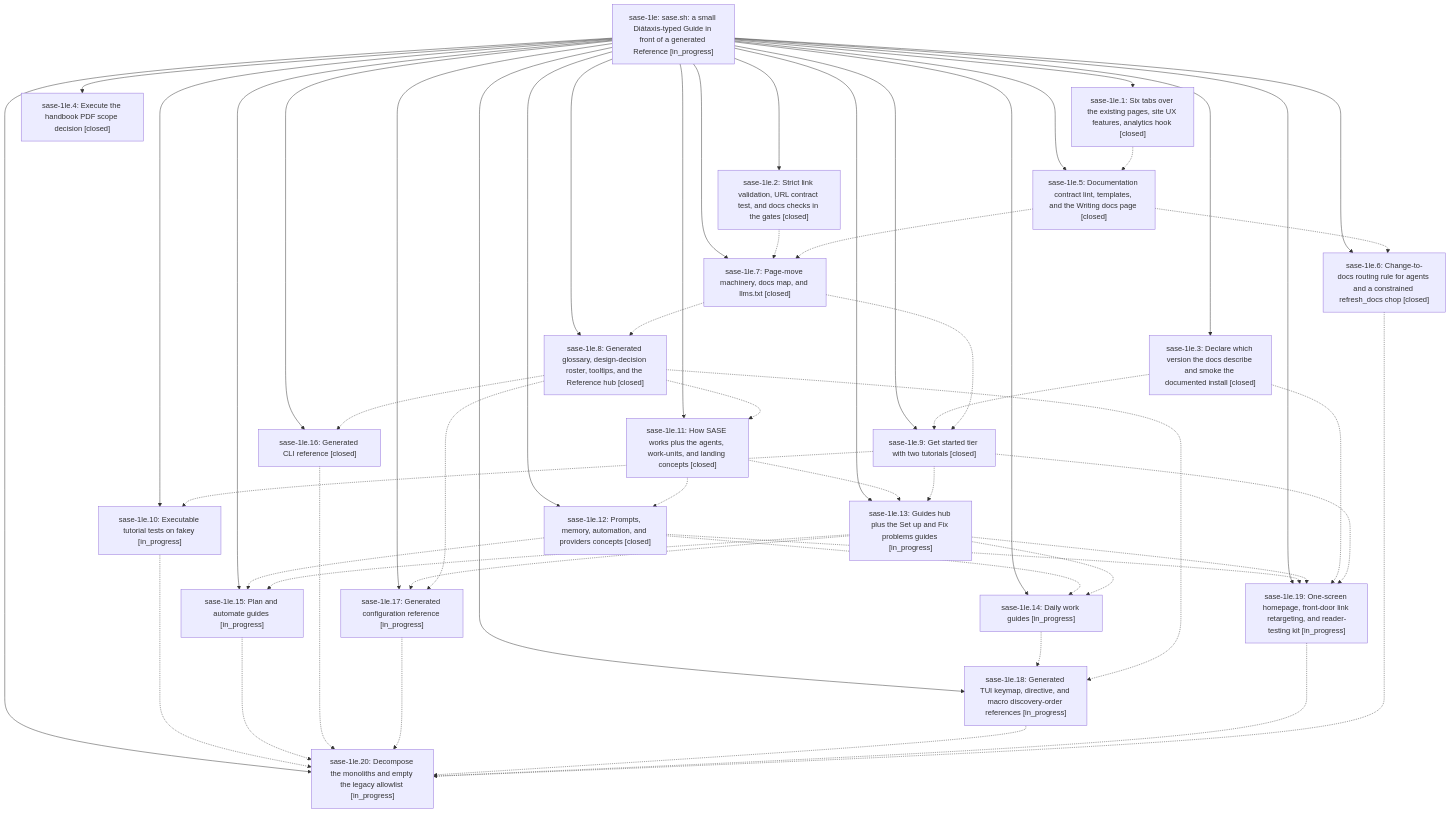
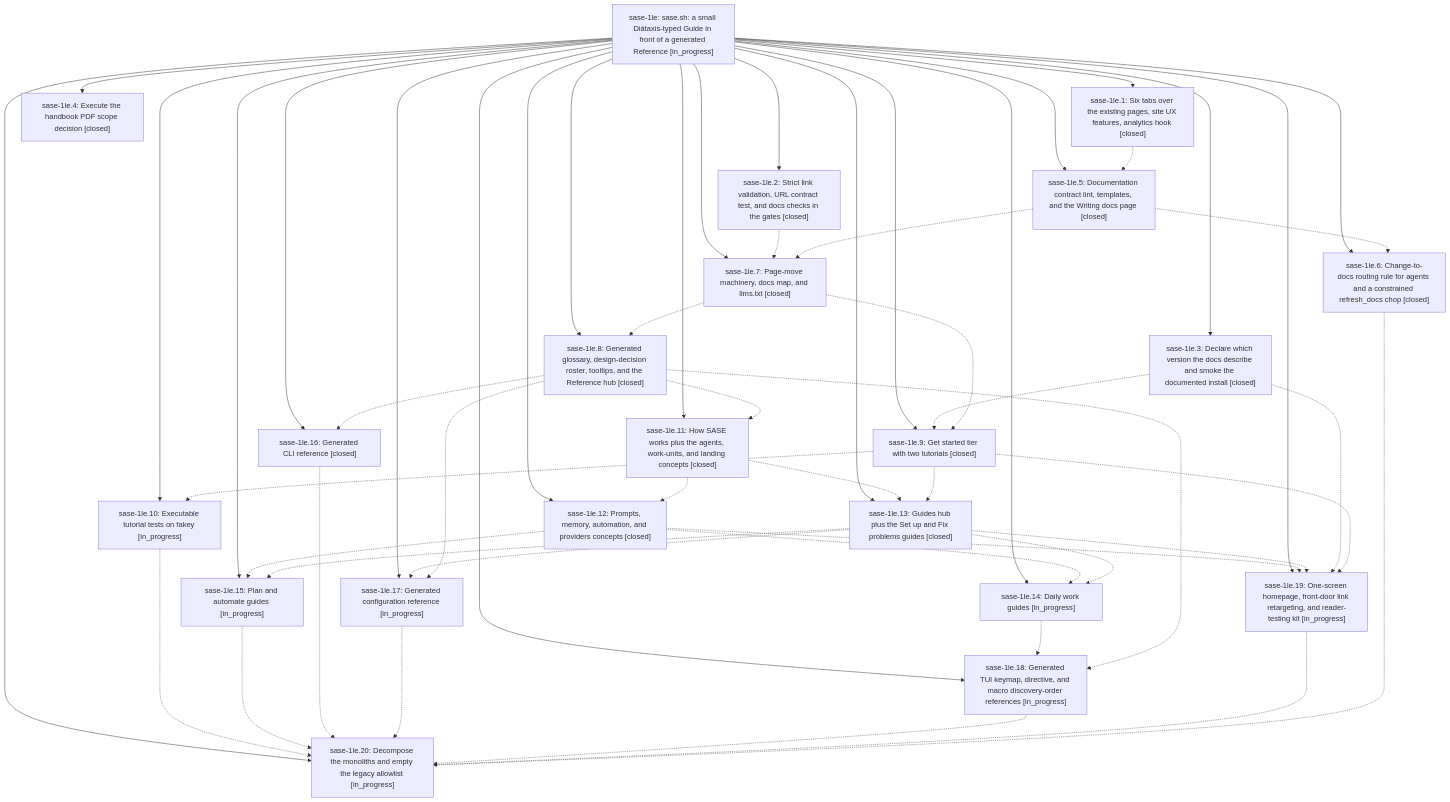
The diagram in pages/sase-1le/README.md (sase-org/sase--beads), drawn with Mermaid before and after one commit. The commit also changed other lines of this file and 8 other files, not shown here.

````diff
--- a/pages/sase-1le/README.md
+++ b/pages/sase-1le/README.md
@@ -45,76 +45,76 @@
 ```mermaid
 flowchart TD
     n0["sase-1le: sase.sh: a small Diátaxis-typed Guide in front of a generated Reference [in_progress]"]
     n1["sase-1le.1: Six tabs over the existing pages, site UX features, analytics hook [closed]"]
     n2["sase-1le.10: Executable tutorial tests on fakey [in_progress]"]
     n3["sase-1le.11: How SASE works plus the agents, work-units, and landing concepts [closed]"]
     n4["sase-1le.12: Prompts, memory, automation, and providers concepts [closed]"]
-    n5["sase-1le.13: Guides hub plus the Set up and Fix problems guides [in_progress]"]
+    n5["sase-1le.13: Guides hub plus the Set up and Fix problems guides [closed]"]
     n6["sase-1le.14: Daily work guides [in_progress]"]
     n7["sase-1le.15: Plan and automate guides [in_progress]"]
     n8["sase-1le.16: Generated CLI reference [closed]"]
     n9["sase-1le.17: Generated configuration reference [in_progress]"]
     n10["sase-1le.18: Generated TUI keymap, directive, and macro discovery-order references [in_progress]"]
     n11["sase-1le.19: One-screen homepage, front-door link retargeting, and reader-testing kit [in_progress]"]
     n12["sase-1le.2: Strict link validation, URL contract test, and docs checks in the gates [closed]"]
     n13["sase-1le.20: Decompose the monoliths and empty the legacy allowlist [in_progress]"]
     n14["sase-1le.3: Declare which version the docs describe and smoke the documented install [closed]"]
     n15["sase-1le.4: Execute the handbook PDF scope decision [closed]"]
     n16["sase-1le.5: Documentation contract lint, templates, and the Writing docs page [closed]"]
     n17["sase-1le.6: Change-to-docs routing rule for agents and a constrained refresh_docs chop [closed]"]
     n18["sase-1le.7: Page-move machinery, docs map, and llms.txt [closed]"]
     n19["sase-1le.8: Generated glossary, design-decision roster, tooltips, and the Reference hub [closed]"]
     n20["sase-1le.9: Get started tier with two tutorials [closed]"]
     n0 --> n1
     n0 --> n2
     n0 --> n3
     n0 --> n4
     n0 --> n5
     n0 --> n6
     n0 --> n7
     n0 --> n8
     n0 --> n9
     n0 --> n10
     n0 --> n11
     n0 --> n12
     n0 --> n13
     n0 --> n14
     n0 --> n15
     n0 --> n16
     n0 --> n17
     n0 --> n18
     n0 --> n19
     n0 --> n20
     n1 -.-> n16
     n2 -.-> n13
     n3 -.-> n4
     n3 -.-> n5
     n4 -.-> n6
     n4 -.-> n7
     n4 -.-> n11
     n5 -.-> n6
     n5 -.-> n7
     n5 -.-> n9
     n5 -.-> n11
     n6 -.-> n10
     n7 -.-> n13
     n8 -.-> n13
     n9 -.-> n13
     n10 -.-> n13
     n11 -.-> n13
     n12 -.-> n18
     n14 -.-> n11
     n14 -.-> n20
     n16 -.-> n17
     n16 -.-> n18
     n17 -.-> n13
     n18 -.-> n19
     n18 -.-> n20
     n19 -.-> n3
     n19 -.-> n8
     n19 -.-> n9
     n19 -.-> n10
     n20 -.-> n2
     n20 -.-> n5
     n20 -.-> n11
 ```
````
